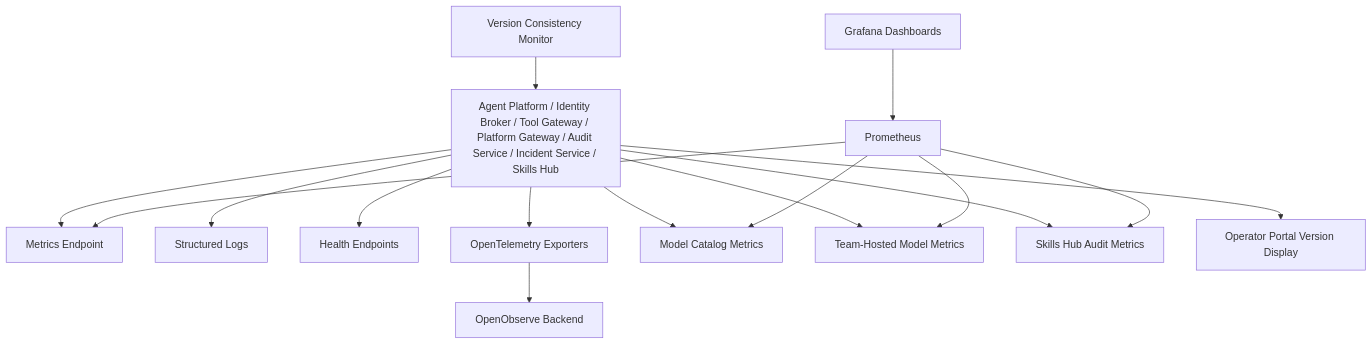
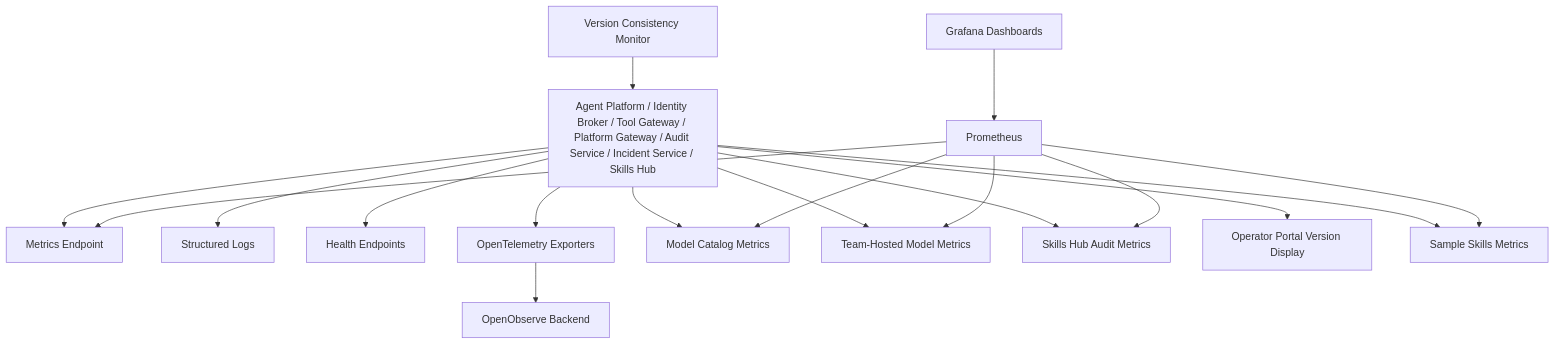
One commit to metasync/luban-aiops changed diagram 11 of 12 in .qoder/repowiki/en/content/Deployment and Operations/Deployment and Operations.md. Above: the diagram before and after it, drawn with Mermaid. The commit also changed other lines of this file and 109 other files, not shown here.

````diff
--- a/.qoder/repowiki/en/content/Deployment and Operations/Deployment and Operations.md
+++ b/.qoder/repowiki/en/content/Deployment and Operations/Deployment and Operations.md
@@ -841,31 +910,34 @@
 ```mermaid
 graph TB
 Services["Agent Platform / Identity Broker / Tool Gateway / Platform Gateway / Audit Service / Incident Service / Skills Hub"]
 Metrics["Metrics Endpoint"]
 Logs["Structured Logs"]
 Health["Health Endpoints"]
 OTel["OpenTelemetry Exporters"]
 ModelMetrics["Model Catalog Metrics"]
 LLMMetrics["Team-Hosted Model Metrics"]
 SkillsMetrics["Skills Hub Audit Metrics"]
 PortalMetrics["Operator Portal Version Display"]
+SampleMetrics["Sample Skills Metrics"]
 Prometheus["Prometheus"]
 Grafana["Grafana Dashboards"]
 OpenObserve["OpenObserve Backend"]
 VersionMonitor["Version Consistency Monitor"]
 Services --> Metrics
 Services --> Logs
 Services --> Health
 Services --> OTel
 Services --> ModelMetrics
 Services --> LLMMetrics
 Services --> SkillsMetrics
 Services --> PortalMetrics
+Services --> SampleMetrics
 Prometheus --> Metrics
 Prometheus --> ModelMetrics
 Prometheus --> LLMMetrics
 Prometheus --> SkillsMetrics
+Prometheus --> SampleMetrics
 Grafana --> Prometheus
 OTel --> OpenObserve
 VersionMonitor --> Services
 ```
````
